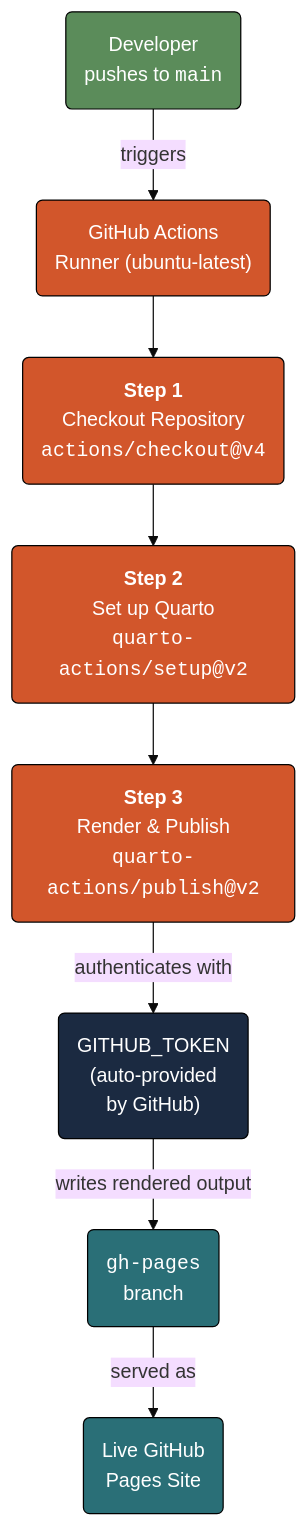
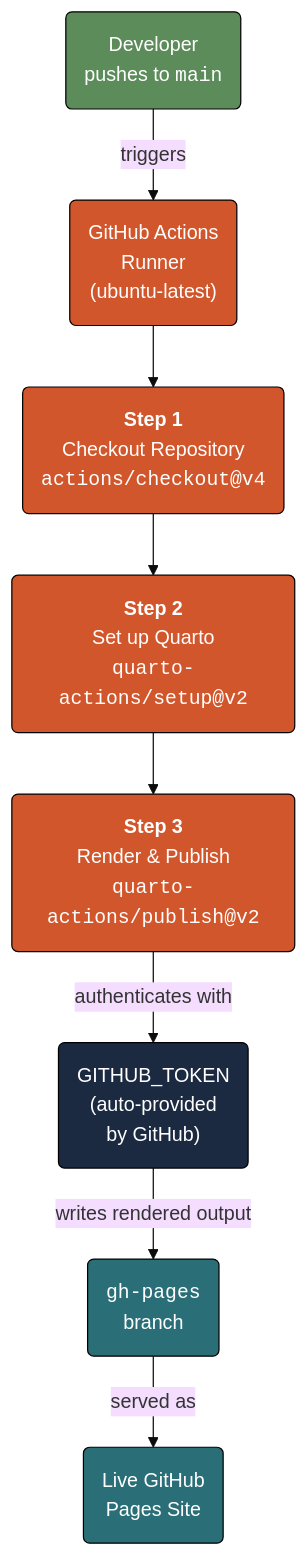
Before and after one commit to mjfrigaard/do4ds-labs: the first of 2 diagrams in publish-r-py.qmd, drawn with Mermaid. The commit also changed other lines of this file and 17 other files, not shown here.

````diff
--- a/publish-r-py.qmd
+++ b/publish-r-py.qmd
@@ -80,25 +126,25 @@
 ```{mermaid}
 %%| fig-cap: 'Publishing to GitHub pages'
 %%| fig-width: 7.0
 %%| fig-align: 'center'
 %%{init: {'theme': 'base', 'themeVariables': {'fontFamily': 'monospace'}}}%%
 flowchart TD
-    Push("Developer<br>pushes to <code>main</code>") -->|"triggers"| GHA("GitHub Actions<br>Runner (ubuntu-latest)")
+    Push("Developer<br>pushes to <code>main</code>") -->|"triggers"| GHA("GitHub Actions<br>Runner<br>(ubuntu-latest)")
 
     GHA --> Step1("<strong>Step 1</strong><br>Checkout Repository<br><code>actions/checkout@v4</code>")
     Step1 --> Step2("<strong>Step 2</strong><br>Set up Quarto<br><code>quarto-actions/setup@v2</code>")
     Step2 --> Step3("<strong>Step 3</strong><br>Render & Publish<br><code>quarto-actions/publish@v2</code>")
 
     Step3 -->|"authenticates with"| Token("<cdde>GITHUB_TOKEN</code><br>(auto-provided<br>by GitHub)")
     Token -->|"writes rendered output"| GHPages("<code>gh-pages</code><br>branch")
     GHPages -->|"served as"| Site("Live GitHub<br>Pages Site")
     style Push fill:#5B8C5A,stroke:#000000,stroke-width:1px,color:#ffffff
     style GHA fill:#D2562B,stroke:#000000,stroke-width:1px,color:#ffffff
     style Step1 fill:#D2562B,stroke:#000000,stroke-width:1px,color:#ffffff
     style Step2 fill:#D2562B,stroke:#000000,stroke-width:1px,color:#ffffff
     style Step3 fill:#D2562B,stroke:#000000,stroke-width:1px,color:#ffffff
     style Token fill:#1B2A41,stroke:#000000,stroke-width:1px,color:#ffffff
     style GHPages fill:#2A6F77,stroke:#000000,stroke-width:1px,color:#ffffff
     style Site fill:#2A6F77,stroke:#000000,stroke-width:1px,color:#ffffff
 
 ```
````
